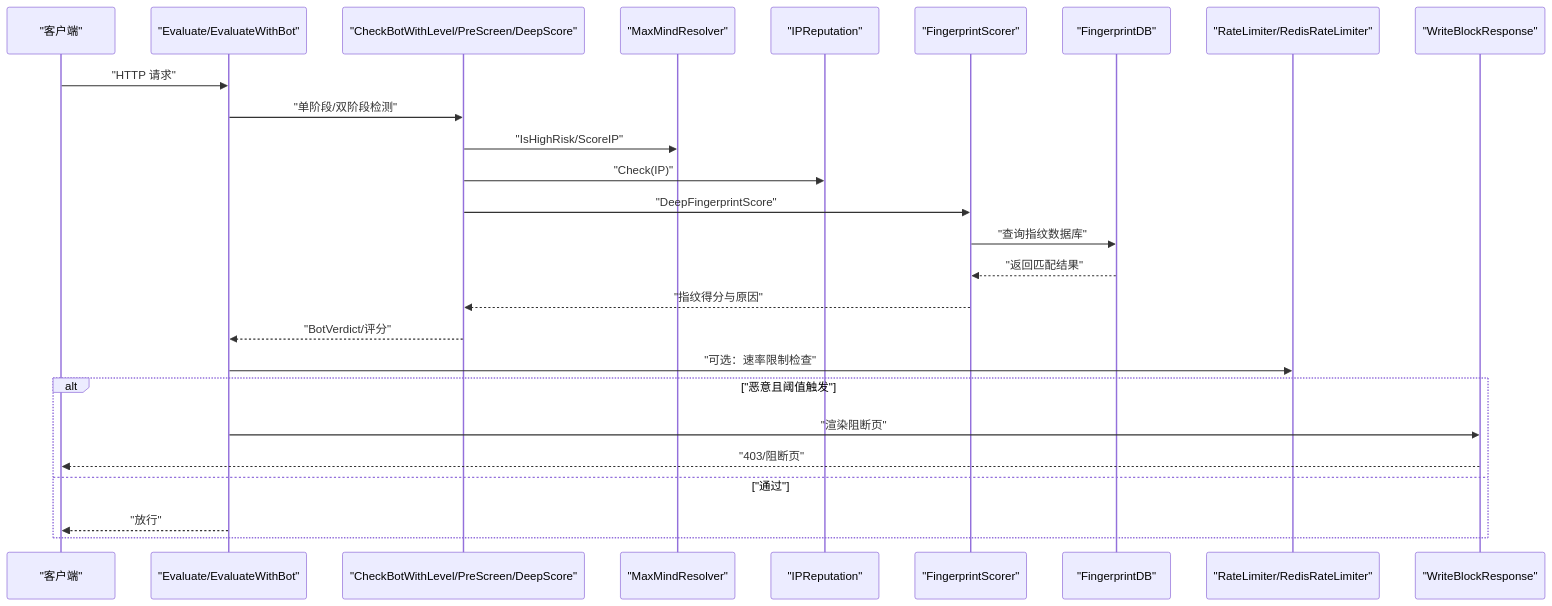
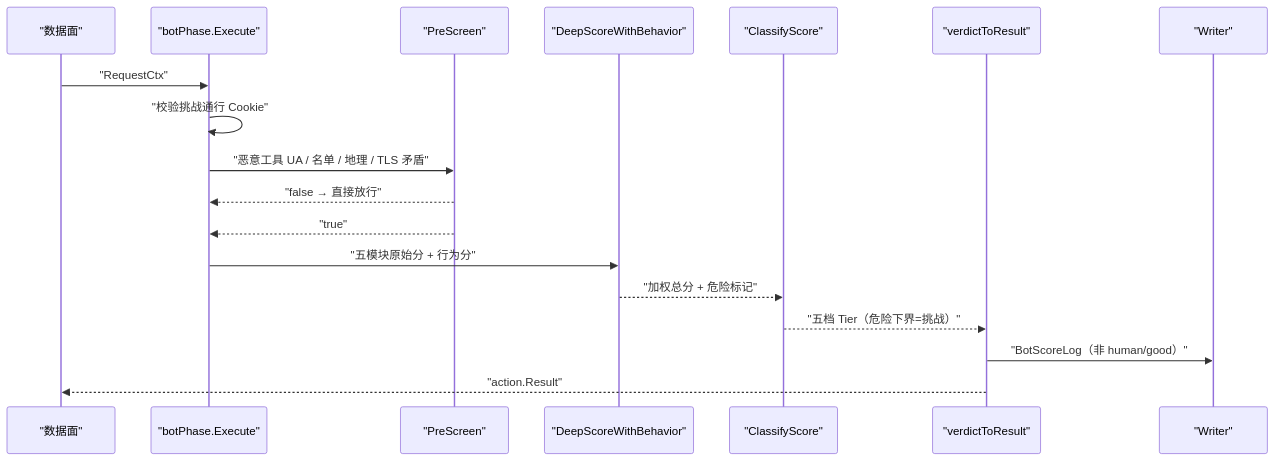
The second of 4 diagrams in docs/安全防护功能/机器人检测.md (x01n/My-OpenWaf), drawn with Mermaid before and after one commit. The commit also changed other lines of this file and 622 other files, not shown here.

````diff
--- a/docs/安全防护功能/机器人检测.md
+++ b/docs/安全防护功能/机器人检测.md
@@ -112,28 +174,20 @@
 ```mermaid
 sequenceDiagram
-participant Client as "客户端"
-participant Eval as "Evaluate/EvaluateWithBot"
-participant Bot as "CheckBotWithLevel/PreScreen/DeepScore"
-participant Geo as "MaxMindResolver"
-participant Rep as "IPReputation"
-participant FP as "FingerprintScorer"
-participant FPDB as "FingerprintDB"
-participant RL as "RateLimiter/RedisRateLimiter"
-participant Block as "WriteBlockResponse"
-Client->>Eval : "HTTP 请求"
-Eval->>Bot : "单阶段/双阶段检测"
-Bot->>Geo : "IsHighRisk/ScoreIP"
-Bot->>Rep : "Check(IP)"
-Bot->>FP : "DeepFingerprintScore"
-FP->>FPDB : "查询指纹数据库"
-FPDB-->>FP : "返回匹配结果"
-FP-->>Bot : "指纹得分与原因"
-Bot-->>Eval : "BotVerdict/评分"
-Eval->>RL : "可选：速率限制检查"
-alt "恶意且阈值触发"
-Eval->>Block : "渲染阻断页"
-Block-->>Client : "403/阻断页"
-else "通过"
-Eval-->>Client : "放行"
-end
+participant DP as "数据面"
+participant PH as "botPhase.Execute"
+participant PS as "PreScreen"
+participant DS as "DeepScoreWithBehavior"
+participant CL as "ClassifyScore"
+participant VR as "verdictToResult"
+participant WB as "Writer"
+DP->>PH : "RequestCtx"
+PH->>PH : "校验挑战通行 Cookie"
+PH->>PS : "恶意工具 UA / 名单 / 地理 / TLS 矛盾"
+PS-->>PH : "false → 直接放行"
+PS-->>PH : "true"
+PH->>DS : "五模块原始分 + 行为分"
+DS-->>CL : "加权总分 + 危险标记"
+CL-->>VR : "五档 Tier（危险下界=挑战）"
+VR->>WB : "BotScoreLog（非 human/good）"
+VR-->>DP : "action.Result"
 ```
````
